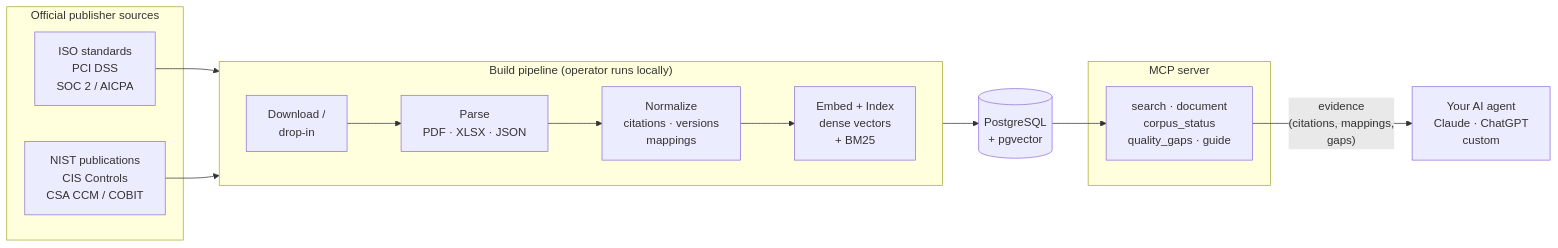
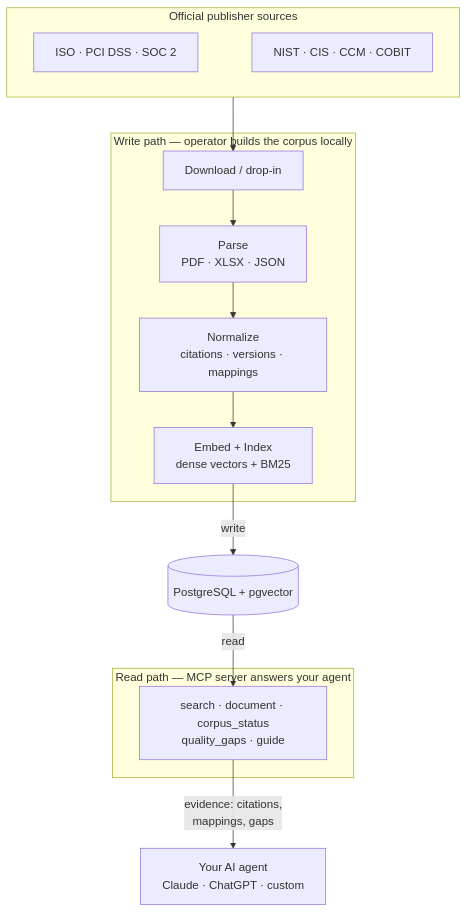
Before and after one commit to dannyota/compliary: the diagram in README.md, drawn with Mermaid.

Commit message:
docs: top-down diagram with write/read paths around the DB

````diff
--- a/README.md
+++ b/README.md
@@ -34,24 +34,21 @@
 ```mermaid
-graph LR
+graph TD
     subgraph sources ["Official publisher sources"]
-        S1["ISO standards<br/>PCI DSS<br/>SOC 2 / AICPA"]
-        S2["NIST publications<br/>CIS Controls<br/>CSA CCM / COBIT"]
+        S1["ISO · PCI DSS · SOC 2"] ~~~ S2["NIST · CIS · CCM · COBIT"]
     end
 
-    subgraph pipeline ["Build pipeline (operator runs locally)"]
-        direction LR
-        P1["Download /<br/>drop-in"] --> P2["Parse<br/>PDF · XLSX · JSON"]
-        P2 --> P3["Normalize<br/>citations · versions<br/>mappings"]
-        P3 --> P4["Embed + Index<br/>dense vectors<br/>+ BM25"]
+    subgraph write ["Write path — operator builds the corpus locally"]
+        W1["Download / drop-in"] --> W2["Parse<br/>PDF · XLSX · JSON"]
+        W2 --> W3["Normalize<br/>citations · versions · mappings"]
+        W3 --> W4["Embed + Index<br/>dense vectors + BM25"]
     end
 
-    subgraph serve ["MCP server"]
-        M["search · document<br/>corpus_status<br/>quality_gaps · guide"]
+    subgraph read ["Read path — MCP server answers your agent"]
+        R1["search · document · corpus_status<br/>quality_gaps · guide"]
     end
 
-    S1 --> P1
-    S2 --> P1
-    P4 --> DB[("PostgreSQL<br/>+ pgvector")]
-    DB --> M
-    M -- "evidence<br/>(citations, mappings,<br/>gaps)" --> Agent["Your AI agent<br/>Claude · ChatGPT<br/>custom"]
+    sources --> W1
+    W4 -- write --> DB[("PostgreSQL + pgvector")]
+    DB -- read --> R1
+    R1 -- "evidence: citations,<br/>mappings, gaps" --> Agent["Your AI agent<br/>Claude · ChatGPT · custom"]
 ```
````
